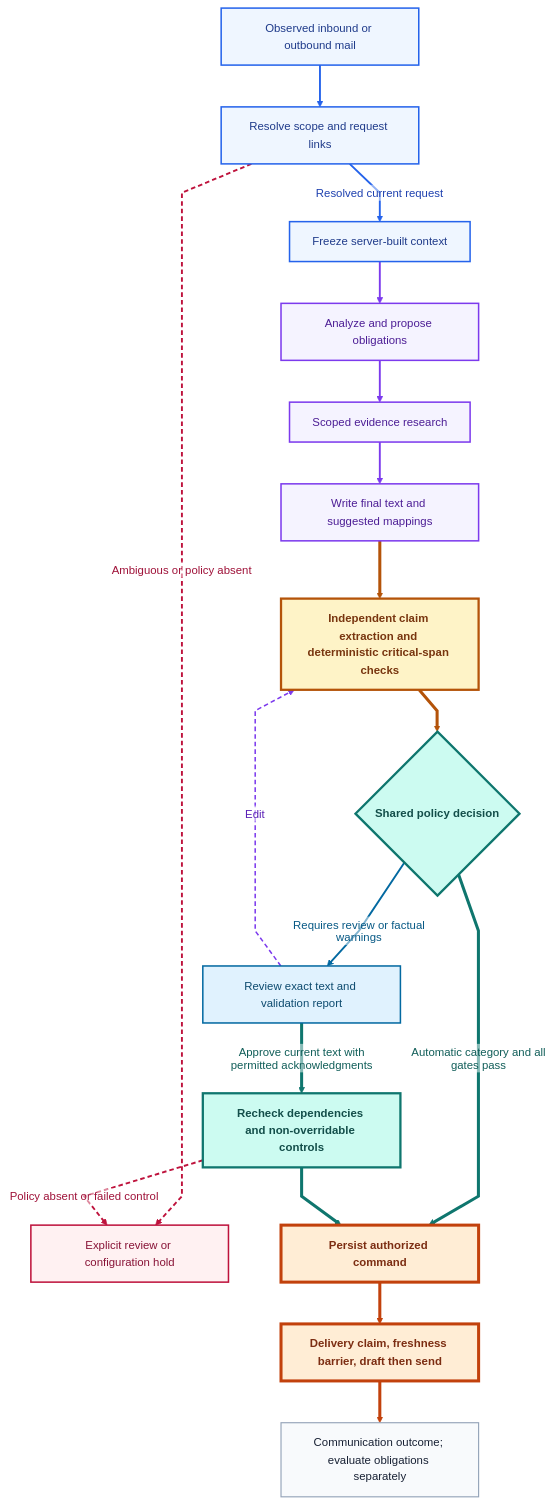
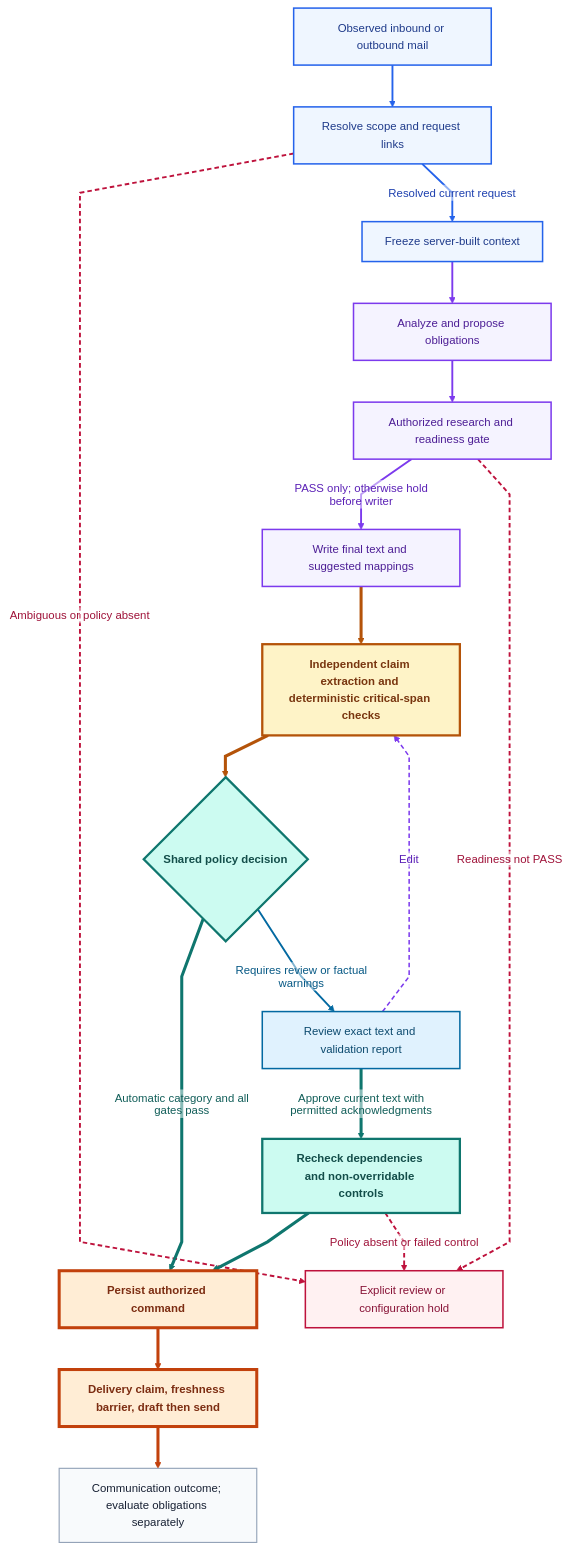
One commit to realAaronWu/aam changed the second of 3 diagrams in openspec/changes/establish-aam-platform/design.md. Above: the diagram before and after it, drawn with Mermaid. The commit also changed other lines of this file and 14 other files, not shown here.

Commit message:
Design dynamic SOP agents, scoped connections and readiness gates

````diff
--- a/openspec/changes/establish-aam-platform/design.md
+++ b/openspec/changes/establish-aam-platform/design.md
@@ -143,48 +208,49 @@
 ```mermaid
 %%{init: {"theme": "base", "themeVariables": {"fontFamily": "Arial, sans-serif", "fontSize": "15px", "primaryTextColor": "#172033", "lineColor": "#64748b", "edgeLabelBackground": "#ffffff"}, "flowchart": {"htmlLabels": false, "curve": "linear", "nodeSpacing": 35, "rankSpacing": 55}}}%%
 flowchart TD
   A[Observed inbound or outbound mail] --> B[Resolve scope and request links]
   B -->|Ambiguous or policy absent| H[Explicit review or configuration hold]
   B -->|Resolved current request| C[Freeze server-built context]
   C --> N[Analyze and propose obligations]
-  N --> R[Scoped evidence research]
-  R --> W[Write final text and suggested mappings]
+  N --> R[Authorized research and readiness gate]
+  R -->|PASS only; otherwise hold before writer| W[Write final text and suggested mappings]
   W --> V[Independent claim extraction and deterministic critical-span checks]
   V --> P{Shared policy decision}
   P -->|Automatic category and all gates pass| CMD[Persist authorized command]
   P -->|Requires review or factual warnings| UI[Review exact text and validation report]
   UI -->|Edit| V
   UI -->|Approve current text with permitted acknowledgments| CHECK[Recheck dependencies and non-overridable controls]
   CHECK --> CMD
   CHECK -->|Policy absent or failed control| H
   CMD --> SEND[Delivery claim, freshness barrier, draft then send]
   SEND --> END[Communication outcome; evaluate obligations separately]
+  R -->|Readiness not PASS| H
 
   classDef default fill:#f8fafc,stroke:#94a3b8,color:#172033,stroke-width:1.5px
   classDef context fill:#eff6ff,stroke:#2563eb,color:#1e3a8a,stroke-width:2px
   classDef intelligence fill:#f5f3ff,stroke:#7c3aed,color:#4c1d95,stroke-width:2px
   classDef validation fill:#fef3c7,stroke:#b45309,color:#78350f,stroke-width:3px,font-weight:bold
   classDef policy fill:#ccfbf1,stroke:#0f766e,color:#134e4a,stroke-width:3px,font-weight:bold
   classDef delivery fill:#ffedd5,stroke:#c2410c,color:#7c2d12,stroke-width:4px,font-weight:bold
   classDef review fill:#e0f2fe,stroke:#0369a1,color:#0c4a6e,stroke-width:2px
   classDef hold fill:#fff1f2,stroke:#be123c,color:#881337,stroke-width:2px
   class A,B,C context
   class N,R,W intelligence
   class V validation
   class P,CHECK policy
   class CMD,SEND delivery
   class UI review
   class H hold
 
   %% Blue context, violet intelligence, amber independent validation.
   linkStyle 0,2 stroke:#2563eb,stroke-width:2.5px,color:#1e40af
   linkStyle 3,4,5 stroke:#7c3aed,stroke-width:2.5px,color:#5b21b6
   linkStyle 6,7 stroke:#b45309,stroke-width:4px,color:#92400e
   %% Teal authorization; sky human review; violet dashed edit/revalidation loop.
   linkStyle 8,11,12 stroke:#0f766e,stroke-width:4px,color:#115e59
   linkStyle 9 stroke:#0369a1,stroke-width:2.5px,color:#075985
   linkStyle 10 stroke:#7c3aed,stroke-width:2px,stroke-dasharray:6 4,color:#5b21b6
   %% Rose dashed holds; orange committed-command delivery/outcome path.
-  linkStyle 1,13 stroke:#be123c,stroke-width:2.5px,stroke-dasharray:6 4,color:#9f1239
+  linkStyle 1,13,16 stroke:#be123c,stroke-width:2.5px,stroke-dasharray:6 4,color:#9f1239
   linkStyle 14,15 stroke:#c2410c,stroke-width:4px,color:#9a3412
 ```
````
